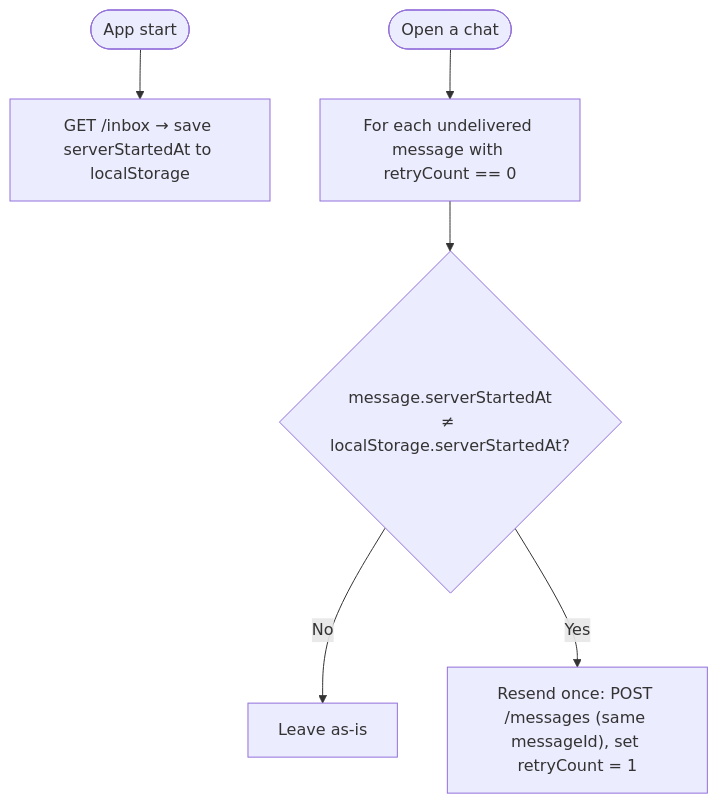
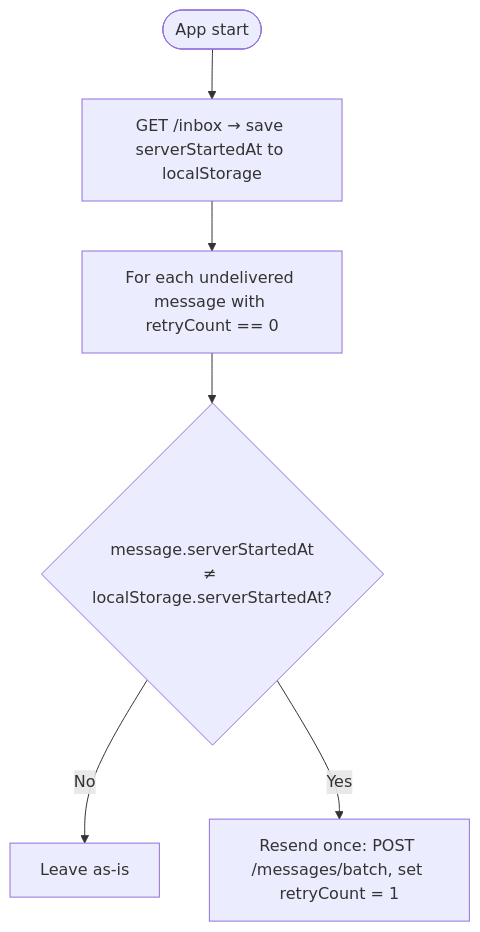
One commit to olshanskyev/fourletters-meta changed the fifth of 6 diagrams in doc/ARCHITECTURE.md. Above: the diagram before and after it, drawn with Mermaid. The commit also changed other lines of this file and 3 other files, not shown here.

````diff
--- a/doc/ARCHITECTURE.md
+++ b/doc/ARCHITECTURE.md
@@ -183,8 +183,8 @@
 ```mermaid
 flowchart TD
     Start([App start]) --> Inbox["GET /inbox → save serverStartedAt to localStorage"]
-    Open([Open a chat]) --> Each["For each undelivered message with retryCount == 0"]
+    Inbox --> Each["For each undelivered message with retryCount == 0"]
     Each --> Cmp{"message.serverStartedAt<br/>≠ localStorage.serverStartedAt?"}
     Cmp -- No --> Keep["Leave as-is"]
-    Cmp -- Yes --> Resend["Resend once: POST /messages (same messageId), set retryCount = 1"]
+    Cmp -- Yes --> Resend["Resend once: POST /messages/batch, set retryCount = 1"]
 ```
````
